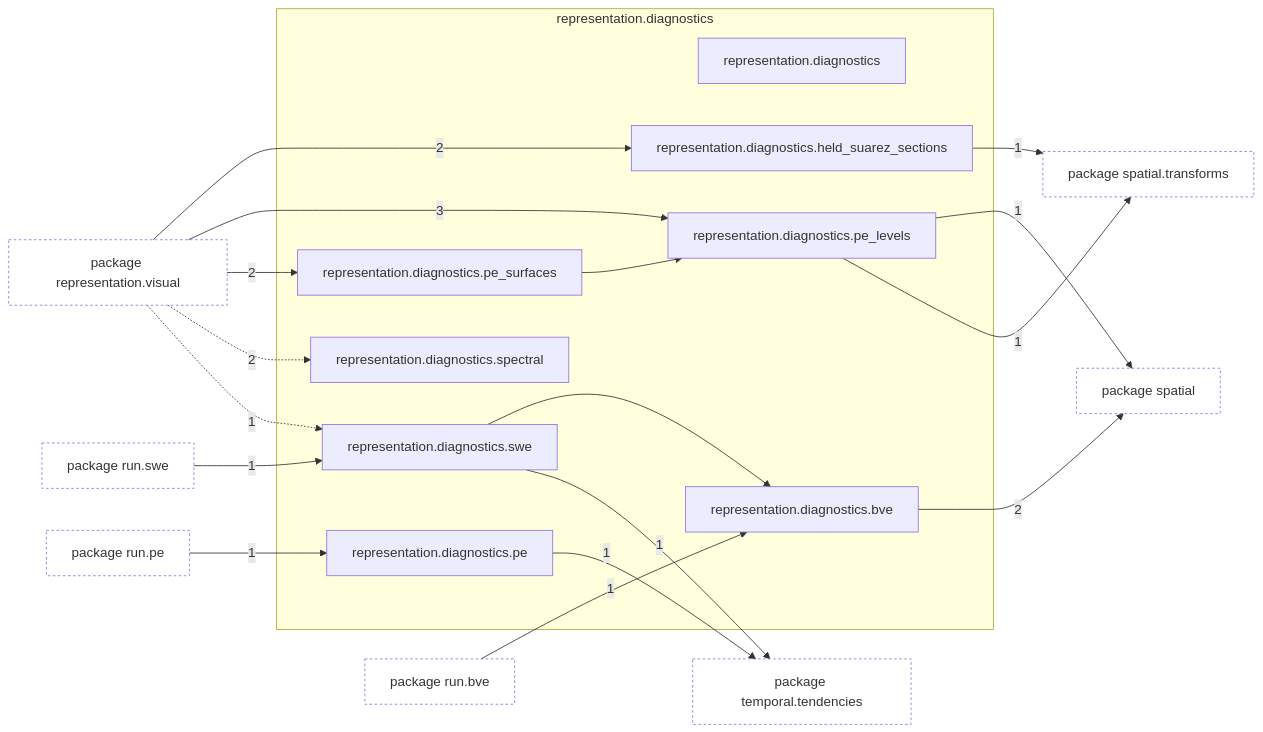
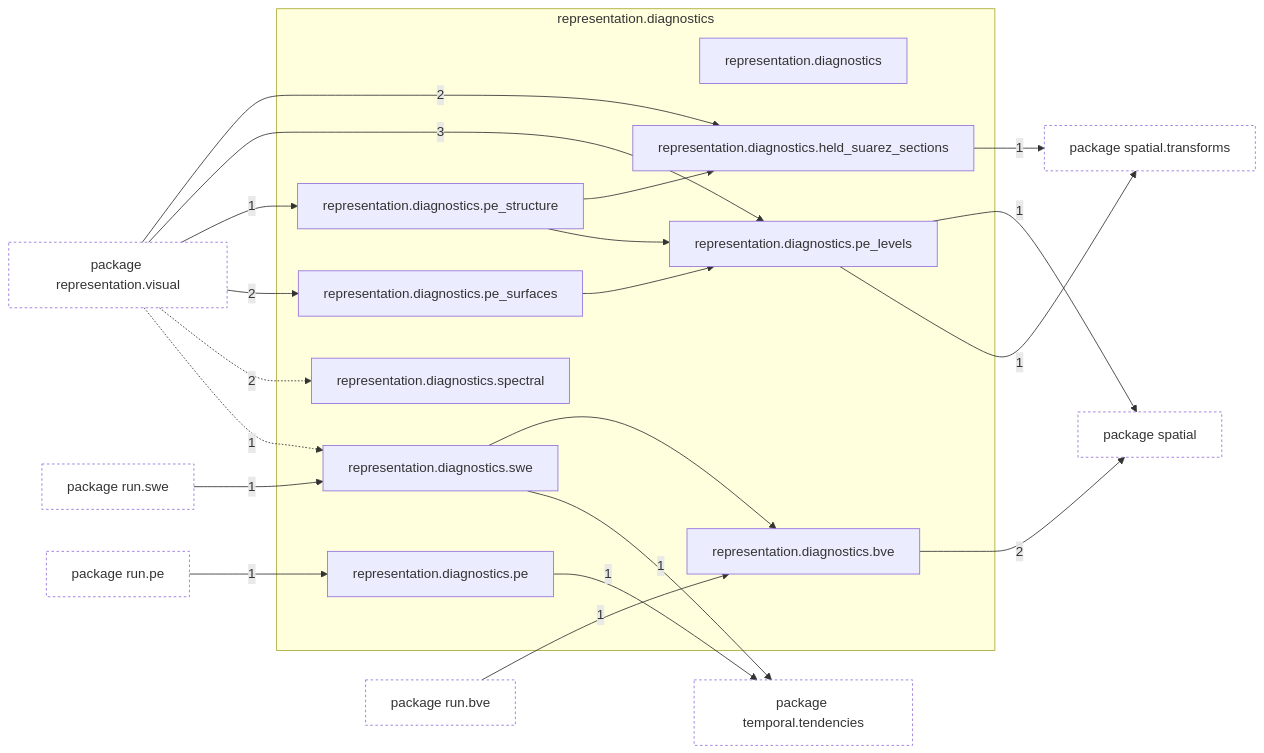
Before and after one commit to AlexandreEros/Palintropos: the first of 2 diagrams in docs/architecture/current/packages/tropoi.representation.diagnostics.md, drawn with Mermaid. The commit also changed other lines of this file and 15 other files, not shown here.

First line of the commit message:
Refresh the architecture snapshot for the vertical-structure diagnostics

````diff
--- a/docs/architecture/current/packages/tropoi.representation.diagnostics.md
+++ b/docs/architecture/current/packages/tropoi.representation.diagnostics.md
@@ -26,46 +27,50 @@
 ```mermaid
 %% Generated by tools.architecture 2.3.0. Do not edit by hand.
 %% Modules of tropoi.representation.diagnostics with imports in and out
 flowchart LR
     subgraph g_tropoi_orepresentation_odiagnostics["representation.diagnostics"]
         n_tropoi_orepresentation_odiagnostics["representation.diagnostics"]
         n_tropoi_orepresentation_odiagnostics_obve["representation.diagnostics.bve"]
         n_tropoi_orepresentation_odiagnostics_oheld__suarez__sections["representation.diagnostics.held#95;suarez#95;sections"]
         n_tropoi_orepresentation_odiagnostics_ope["representation.diagnostics.pe"]
         n_tropoi_orepresentation_odiagnostics_ope__levels["representation.diagnostics.pe#95;levels"]
+        n_tropoi_orepresentation_odiagnostics_ope__structure["representation.diagnostics.pe#95;structure"]
         n_tropoi_orepresentation_odiagnostics_ope__surfaces["representation.diagnostics.pe#95;surfaces"]
         n_tropoi_orepresentation_odiagnostics_ospectral["representation.diagnostics.spectral"]
         n_tropoi_orepresentation_odiagnostics_oswe["representation.diagnostics.swe"]
     end
     p_tropoi_orepresentation_ovisual["package representation.visual"]
     p_tropoi_orun_obve["package run.bve"]
     p_tropoi_orun_ope["package run.pe"]
     p_tropoi_orun_oswe["package run.swe"]
     p_tropoi_ospatial["package spatial"]
     p_tropoi_ospatial_otransforms["package spatial.transforms"]
     p_tropoi_otemporal_otendencies["package temporal.tendencies"]
+    n_tropoi_orepresentation_odiagnostics_ope__structure --> n_tropoi_orepresentation_odiagnostics_oheld__suarez__sections
+    n_tropoi_orepresentation_odiagnostics_ope__structure --> n_tropoi_orepresentation_odiagnostics_ope__levels
     n_tropoi_orepresentation_odiagnostics_ope__surfaces --> n_tropoi_orepresentation_odiagnostics_ope__levels
     n_tropoi_orepresentation_odiagnostics_oswe --> n_tropoi_orepresentation_odiagnostics_obve
     p_tropoi_orepresentation_ovisual -->|2| n_tropoi_orepresentation_odiagnostics_oheld__suarez__sections
     p_tropoi_orepresentation_ovisual -->|3| n_tropoi_orepresentation_odiagnostics_ope__levels
+    p_tropoi_orepresentation_ovisual -->|1| n_tropoi_orepresentation_odiagnostics_ope__structure
     p_tropoi_orepresentation_ovisual -->|2| n_tropoi_orepresentation_odiagnostics_ope__surfaces
     p_tropoi_orepresentation_ovisual -.->|2| n_tropoi_orepresentation_odiagnostics_ospectral
     p_tropoi_orepresentation_ovisual -.->|1| n_tropoi_orepresentation_odiagnostics_oswe
     p_tropoi_orun_obve -->|1| n_tropoi_orepresentation_odiagnostics_obve
     p_tropoi_orun_ope -->|1| n_tropoi_orepresentation_odiagnostics_ope
     p_tropoi_orun_oswe -->|1| n_tropoi_orepresentation_odiagnostics_oswe
     n_tropoi_orepresentation_odiagnostics_obve -->|2| p_tropoi_ospatial
     n_tropoi_orepresentation_odiagnostics_oheld__suarez__sections -->|1| p_tropoi_ospatial_otransforms
     n_tropoi_orepresentation_odiagnostics_ope -->|1| p_tropoi_otemporal_otendencies
     n_tropoi_orepresentation_odiagnostics_ope__levels -->|1| p_tropoi_ospatial
     n_tropoi_orepresentation_odiagnostics_ope__levels -->|1| p_tropoi_ospatial_otransforms
     n_tropoi_orepresentation_odiagnostics_oswe -->|1| p_tropoi_otemporal_otendencies
     classDef other fill:none,stroke-dasharray:3 3
     class p_tropoi_orepresentation_ovisual other
     class p_tropoi_orun_obve other
     class p_tropoi_orun_ope other
     class p_tropoi_orun_oswe other
     class p_tropoi_ospatial other
     class p_tropoi_ospatial_otransforms other
     class p_tropoi_otemporal_otendencies other
 ```
````
